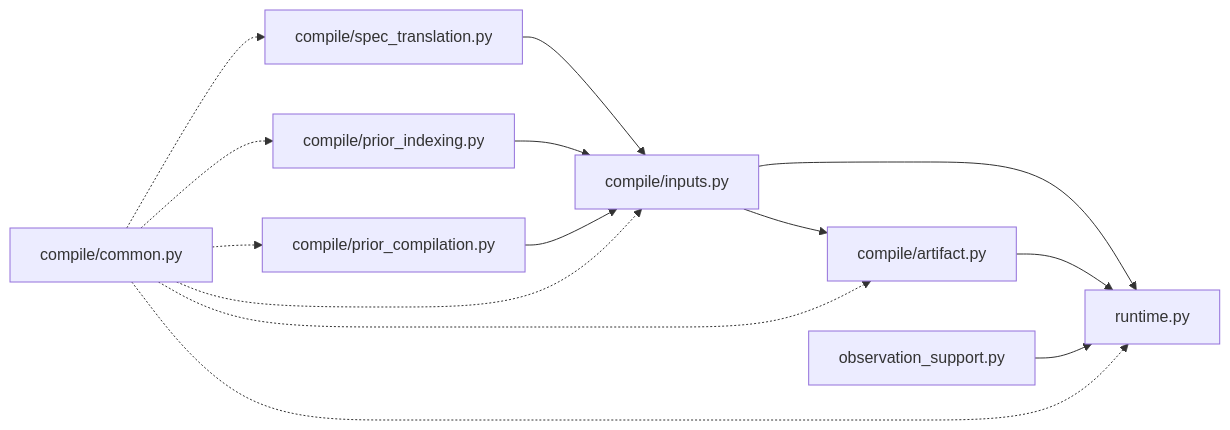
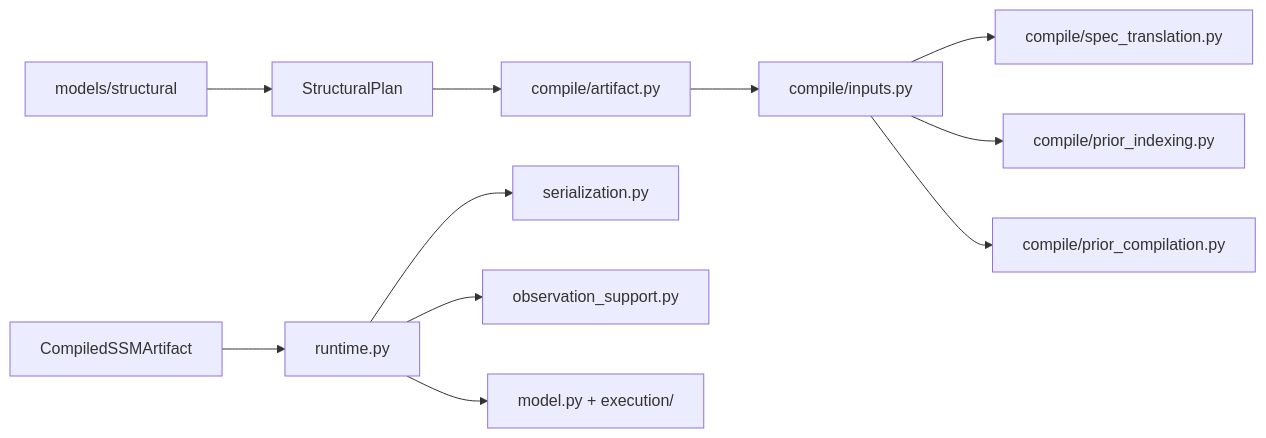
One commit to ma9o/causal-ssm-agent changed the second of 2 diagrams in docs/reference/compilation.md. Above: the diagram before and after it, drawn with Mermaid. The commit also changed other lines of this file and 240 other files, not shown here.

Commit message:
Refactor SSM compilation around structural plans

````diff
--- a/docs/reference/compilation.md
+++ b/docs/reference/compilation.md
@@ -213,11 +237,13 @@
 ```mermaid
 graph LR
-    spec["compile/spec_translation.py"] --> inputs["compile/inputs.py"]
-    indexing["compile/prior_indexing.py"] --> inputs
-    prior["compile/prior_compilation.py"] --> inputs
-    inputs --> artifact["compile/artifact.py"]
-    inputs --> runtime["runtime.py"]
-    artifact --> runtime
-    obs["observation_support.py"] --> runtime
-    common["compile/common.py"] -.-> spec & indexing & prior & inputs & artifact & runtime
+    structural["models/structural"] --> plan["StructuralPlan"]
+    plan --> artifact["compile/artifact.py"]
+    artifact --> inputs["compile/inputs.py"]
+    inputs --> spec["compile/spec_translation.py"]
+    inputs --> indexing["compile/prior_indexing.py"]
+    inputs --> prior["compile/prior_compilation.py"]
+    compiled["CompiledSSMArtifact"] --> runtime["runtime.py"]
+    runtime --> serialization["serialization.py"]
+    runtime --> obs["observation_support.py"]
+    runtime --> model["model.py + execution/"]
 ```
````
